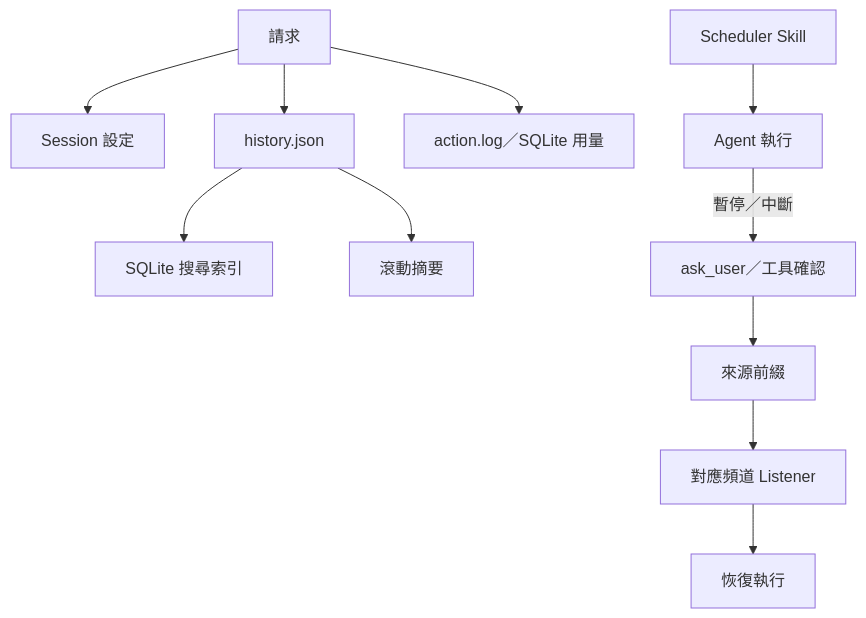
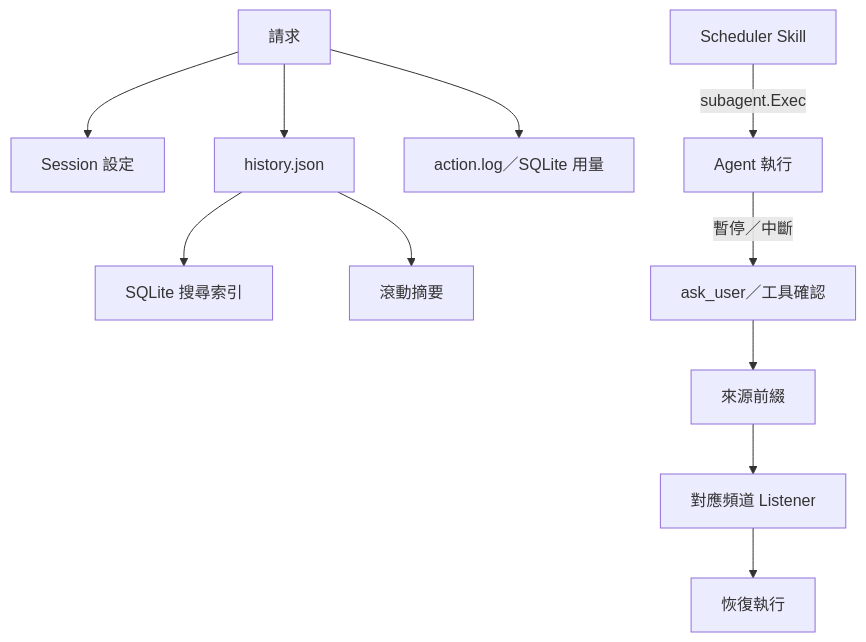
Before and after one commit to agenvoy/Agenvoy: the seventh of 10 diagrams in doc/architecture.zh.md, drawn with Mermaid. The commit also changed other lines of this file and 5 other files, not shown here.

Commit message:
doc: Align README and architecture/usage docs with the refactored executor and current behavior

````diff
--- a/doc/architecture.zh.md
+++ b/doc/architecture.zh.md
@@ -121,13 +156,13 @@
 ```mermaid
 graph TB
     Request[請求] --> Session[Session 設定]
     Request --> History[history.json]
     History --> SQLite[SQLite 搜尋索引]
     History --> Summary[滾動摘要]
     Request --> Logs[action.log／SQLite 用量]
     Pending[ask_user／工具確認] --> Origin[來源前綴]
     Origin --> Listener[對應頻道 Listener]
     Listener --> Resume[恢復執行]
     Execute -->|暫停／中斷| Pending
-    Scheduler[Scheduler Skill] --> Execute[Agent 執行]
+    Scheduler[Scheduler Skill] -->|subagent.Exec| Execute[Agent 執行]
 ```
````
